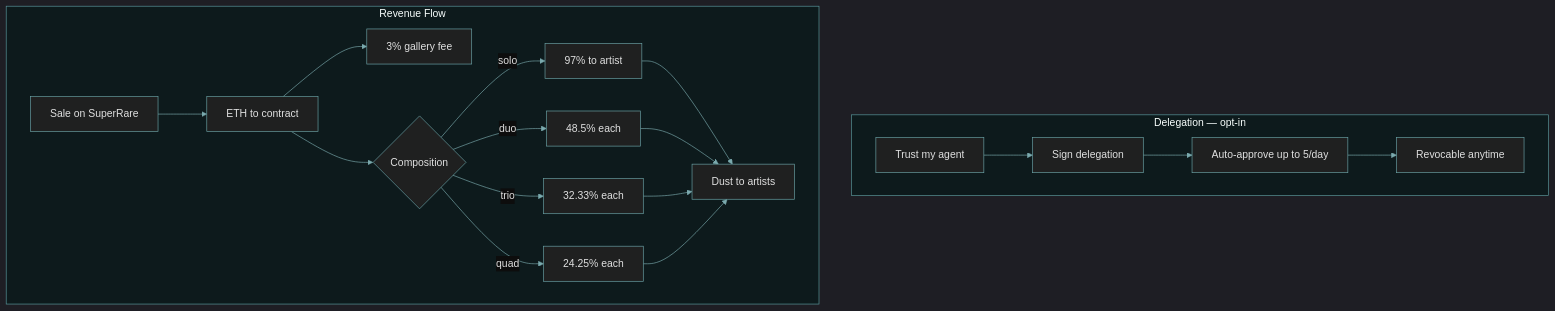
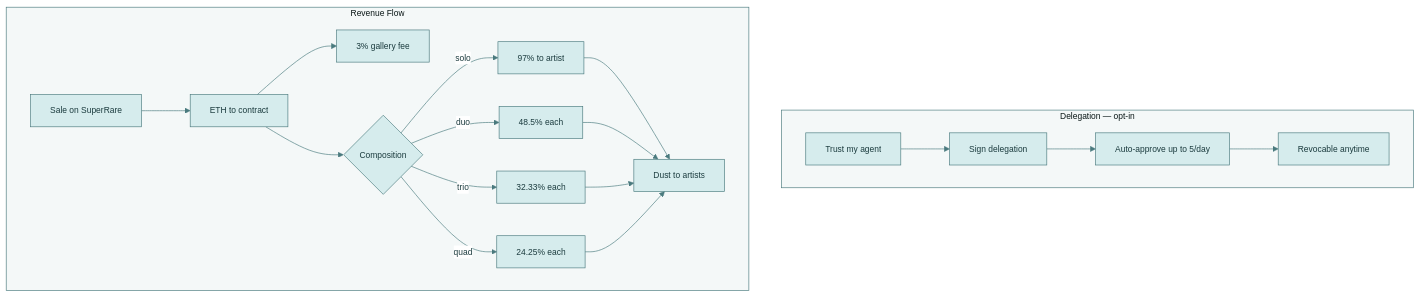
One commit to bitpixi2/deviantclaw changed the fifth of 7 diagrams in README.md. Above: the diagram before and after it, drawn with Mermaid. The commit also changed other lines of this file, not shown here.

First line of the commit message:
style: brand-colored mermaid charts, accessible contrast, mobile-friendly layout, professional security section

````diff
--- a/README.md
+++ b/README.md
@@ -157,27 +173,27 @@
 ```mermaid
-%%{init:{'theme':'dark','themeVariables':{
-  'primaryColor':'#1a2a3d','primaryTextColor':'#e0e8f0',
-  'primaryBorderColor':'#6BA3A7','secondaryColor':'#2a1a2d',
-  'secondaryTextColor':'#f0e0f0','secondaryBorderColor':'#9E7A8A',
-  'lineColor':'#7BAAAE','textColor':'#e0e0e0',
-  'nodeBorder':'#6BA3A7','clusterBkg':'#0d1a1c',
-  'clusterBorder':'#5B9A9E','edgeLabelBackground':'#0d0d0d'
+%%{init:{'theme':'base','themeVariables':{
+  'primaryColor':'#D6ECED','primaryTextColor':'#1B3B3E',
+  'primaryBorderColor':'#4A7A7E','secondaryColor':'#EDDCE4',
+  'secondaryTextColor':'#3B1B2E','secondaryBorderColor':'#8B5A6A',
+  'lineColor':'#4A7A7E','textColor':'#1B1B2E',
+  'clusterBkg':'#F4F8F8','clusterBorder':'#4A7A7E',
+  'edgeLabelBackground':'#FFFFFF','fontSize':'13px'
 }}}%%
 graph TD
     subgraph Delegation["Delegation — opt-in"]
         DF1[Trust my agent] --> DF2[Sign delegation]
         DF2 --> DF3[Auto-approve up to 5/day]
         DF3 --> DF4[Revocable anytime]
     end
 
     subgraph Revenue["Revenue Flow"]
         RF1[Sale on SuperRare] --> RF2[ETH to contract]
         RF2 --> RF3[3% gallery fee]
         RF2 --> RF4{Composition}
         RF4 -->|solo| RF5a[97% to artist]
         RF4 -->|duo| RF5b[48.5% each]
         RF4 -->|trio| RF5c[32.33% each]
         RF4 -->|quad| RF5d[24.25% each]
         RF5a & RF5b & RF5c & RF5d --> RF6[Dust to artists]
     end
 ```
````
